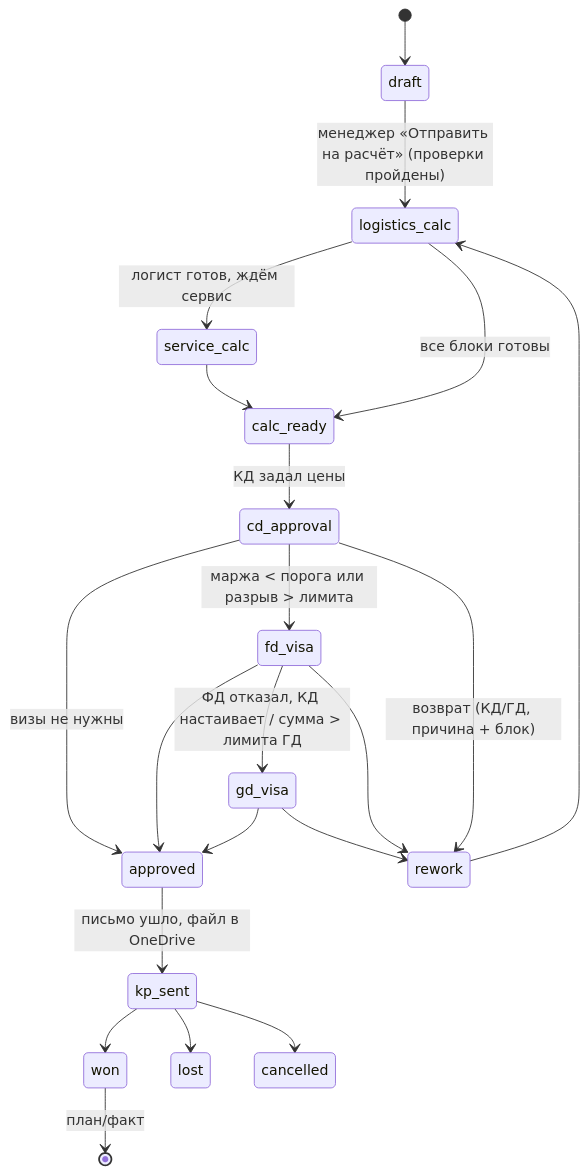
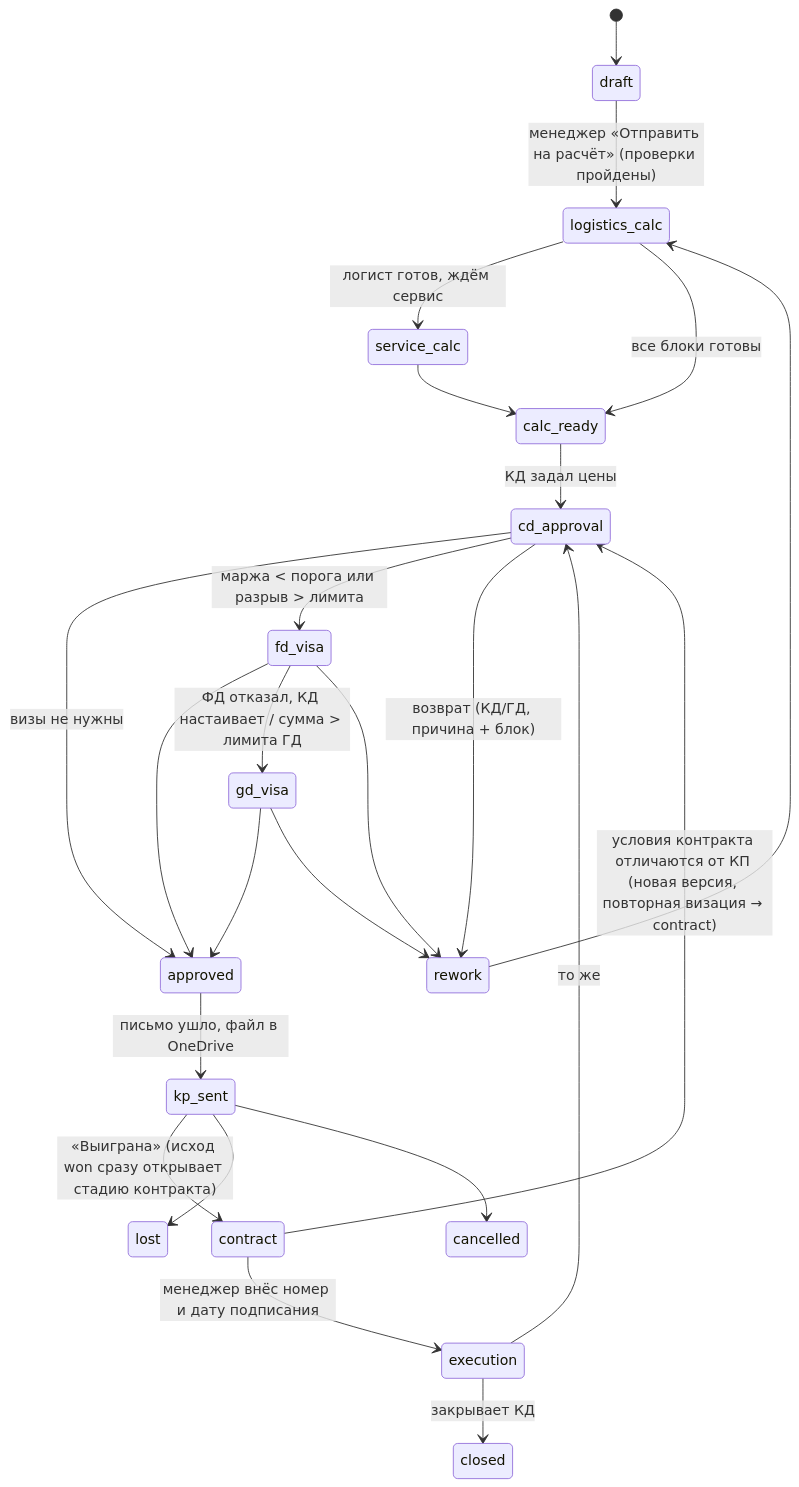
The second of 3 diagrams in docs/ARCHITECTURE.md (falconitpro/gsho-costing), drawn with Mermaid before and after one commit. The commit also changed other lines of this file and 17 other files, not shown here.

````diff
--- a/docs/ARCHITECTURE.md
+++ b/docs/ARCHITECTURE.md
@@ -80,23 +80,26 @@
 ```mermaid
 stateDiagram-v2
   [*] --> draft
   draft --> logistics_calc: менеджер «Отправить на расчёт» (проверки пройдены)
   logistics_calc --> service_calc: логист готов, ждём сервис
   logistics_calc --> calc_ready: все блоки готовы
   service_calc --> calc_ready
   calc_ready --> cd_approval: КД задал цены
   cd_approval --> approved: визы не нужны
   cd_approval --> fd_visa: маржа < порога или разрыв > лимита
   fd_visa --> approved
   fd_visa --> gd_visa: ФД отказал, КД настаивает / сумма > лимита ГД
   gd_visa --> approved
   cd_approval --> rework: возврат (КД/ГД, причина + блок)
   fd_visa --> rework
   gd_visa --> rework
   rework --> logistics_calc
   approved --> kp_sent: письмо ушло, файл в OneDrive
-  kp_sent --> won
+  kp_sent --> contract: «Выиграна» (исход won сразу открывает стадию контракта)
   kp_sent --> lost
   kp_sent --> cancelled
-  won --> [*]: план/факт
+  contract --> execution: менеджер внёс номер и дату подписания
+  contract --> cd_approval: условия контракта отличаются от КП (новая версия, повторная визация → contract)
+  execution --> cd_approval: то же
+  execution --> closed: закрывает КД
 ```
````
